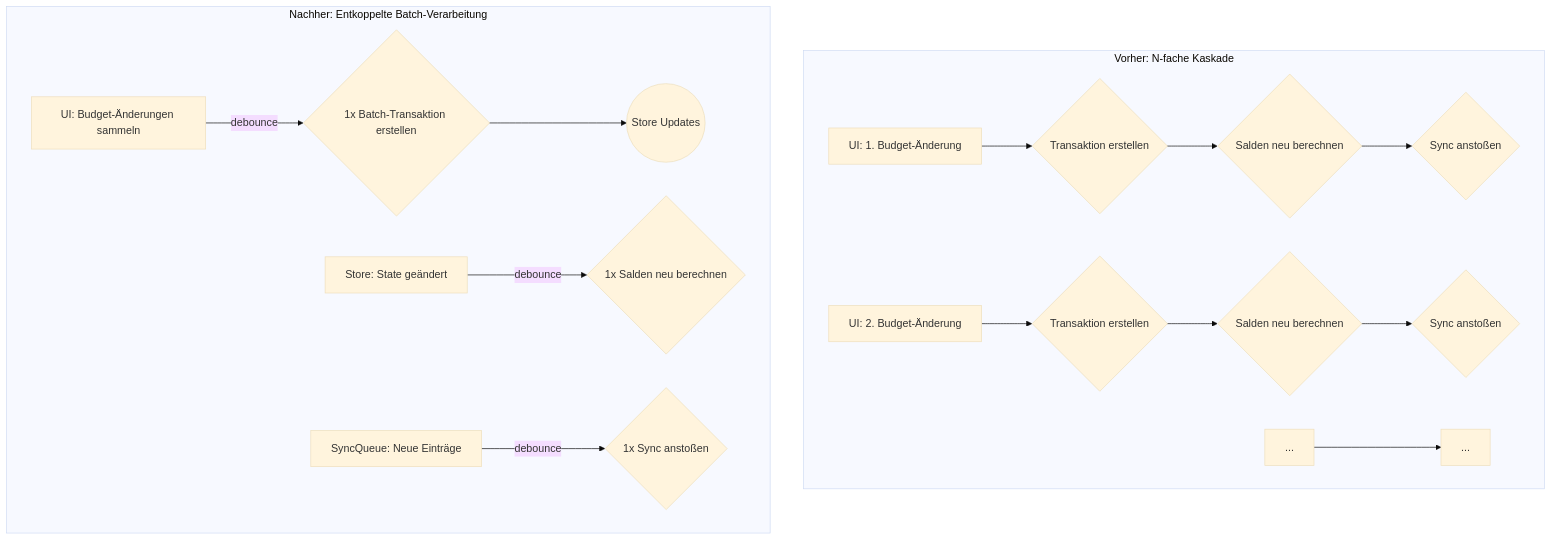
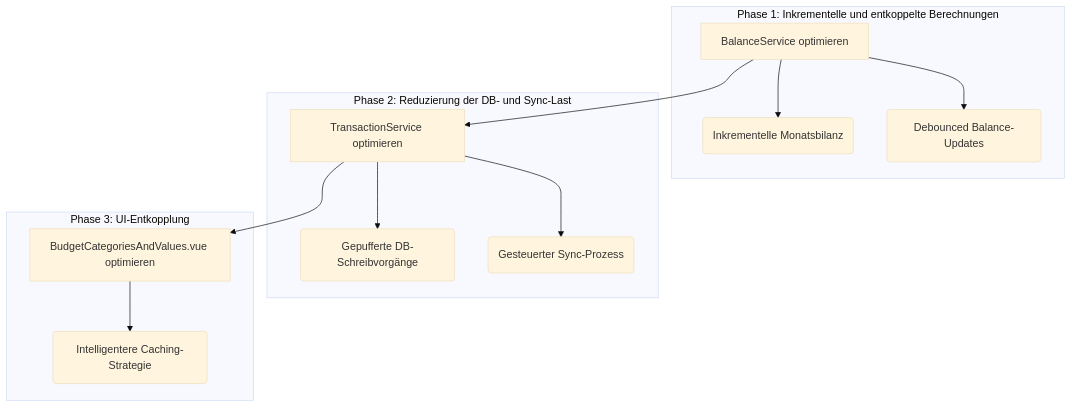
One commit to mlammarsch/FinWise_0.4 changed the diagram in docs/plans/budget-performance-optimization.md. Above: the diagram before and after it, drawn with Mermaid (base theme). The commit also changed other lines of this file, not shown here.

Commit message:
Spec Performance Boost Budget

````diff
--- a/docs/plans/budget-performance-optimization.md
+++ b/docs/plans/budget-performance-optimization.md
@@ -40,19 +17,19 @@
 ```mermaid
 graph TD
-    subgraph Vorher: N-fache Kaskade
-        A[UI: 1. Budget-Änderung] --> B{Transaktion erstellen};
-        B --> C{Salden neu berechnen};
-        C --> D{Sync anstoßen};
-        A2[UI: 2. Budget-Änderung] --> B2{Transaktion erstellen};
-        B2 --> C2{Salden neu berechnen};
-        C2 --> D2{Sync anstoßen};
-        A3[...] --> B3[...];
+    subgraph "Phase 1: Inkrementelle und entkoppelte Berechnungen"
+        A[BalanceService optimieren] --> B(Inkrementelle Monatsbilanz);
+        A --> C(Debounced Balance-Updates);
     end
 
-    subgraph Nachher: Entkoppelte Batch-Verarbeitung
-        E[UI: Budget-Änderungen sammeln] -- debounce --> F{1x Batch-Transaktion erstellen};
-        F --> G((Store Updates));
-        H[Store: State geändert] -- debounce --> I{1x Salden neu berechnen};
-        J[SyncQueue: Neue Einträge] -- debounce --> K{1x Sync anstoßen};
+    subgraph "Phase 2: Reduzierung der DB- und Sync-Last"
+        D[TransactionService optimieren] --> E(Gepufferte DB-Schreibvorgänge);
+        D --> F(Gesteuerter Sync-Prozess);
     end
+
+    subgraph "Phase 3: UI-Entkopplung"
+        G[BudgetCategoriesAndValues.vue optimieren] --> H(Intelligentere Caching-Strategie);
+    end
+
+    A --> D;
+    D --> G;
 ```
````
